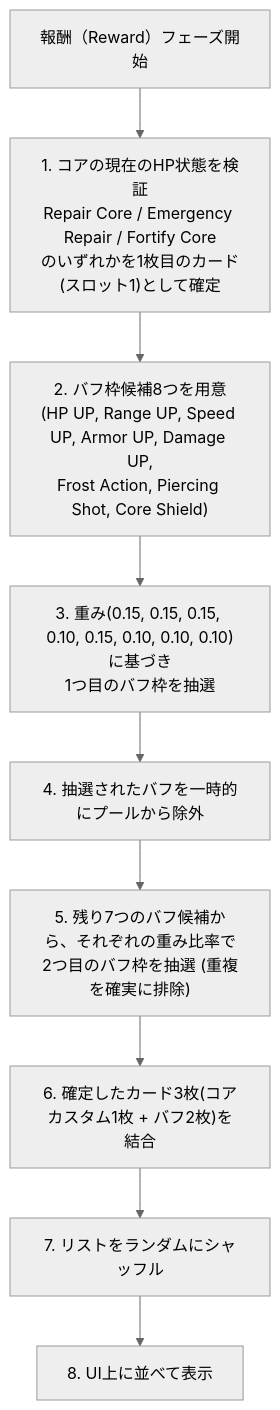
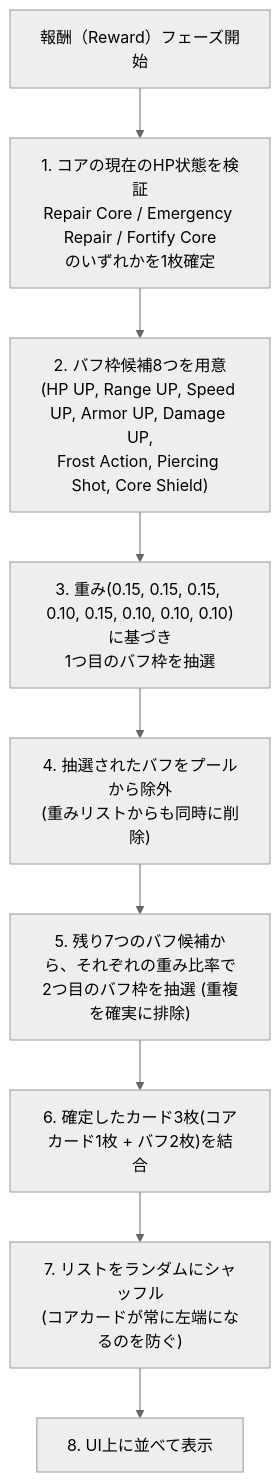
One commit to sunaiw/4th_PJ changed the seventh of 8 diagrams in ゲームバランス調整用仕様書.md. Above: the diagram before and after it, drawn with Mermaid (neutral theme). The commit also changed other lines of this file and 10 other files, not shown here.

````diff
--- a/ゲームバランス調整用仕様書.md
+++ b/ゲームバランス調整用仕様書.md
@@ -275,11 +513,11 @@
 ```mermaid
 flowchart TD
-    RewardStart["報酬（Reward）フェーズ開始"] --> SelectCoreCard["1. コアの現在のHP状態を検証<br/>Repair Core / Emergency Repair / Fortify Core<br/>のいずれかを1枚目のカード(スロット1)として確定"]
+    RewardStart["報酬（Reward）フェーズ開始"] --> SelectCoreCard["1. コアの現在のHP状態を検証<br/>Repair Core / Emergency Repair / Fortify Core<br/>のいずれかを1枚確定"]
     SelectCoreCard --> Pool8["2. バフ枠候補8つを用意<br/>(HP UP, Range UP, Speed UP, Armor UP, Damage UP,<br/>Frost Action, Piercing Shot, Core Shield)"]
     Pool8 --> Draw1["3. 重み(0.15, 0.15, 0.15, 0.10, 0.15, 0.10, 0.10, 0.10)に基づき<br/>1つ目のバフ枠を抽選"]
-    Draw1 --> Remove1["4. 抽選されたバフを一時的にプールから除外"]
+    Draw1 --> Remove1["4. 抽選されたバフをプールから除外<br/>(重みリストからも同時に削除)"]
     Remove1 --> Draw2["5. 残り7つのバフ候補から、それぞれの重み比率で<br/>2つ目のバフ枠を抽選 (重複を確実に排除)"]
-    Draw2 --> Combine["6. 確定したカード3枚(コアカスタム1枚 + バフ2枚)を結合"]
-    Combine --> Shuffle["7. リストをランダムにシャッフル"]
+    Draw2 --> Combine["6. 確定したカード3枚(コアカード1枚 + バフ2枚)を結合"]
+    Combine --> Shuffle["7. リストをランダムにシャッフル<br/>(コアカードが常に左端になるのを防ぐ)"]
     Shuffle --> DisplayCards["8. UI上に並べて表示"]
 ```
````
